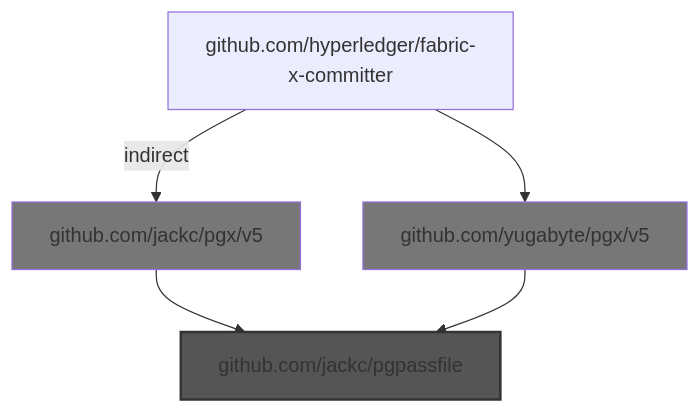
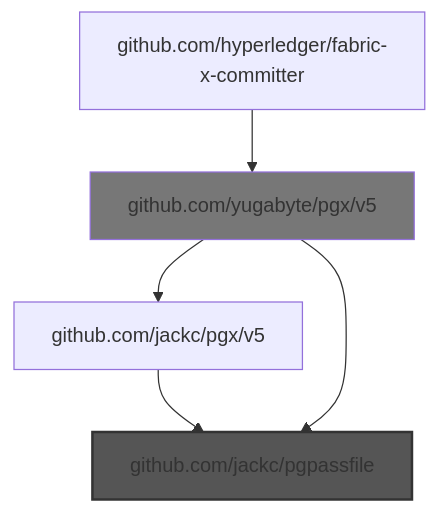
One commit to liran-funaro/fabric-x-committer changed the eighth of 18 diagrams in bad-imports-analysis.md. Above: the diagram before and after it, drawn with Mermaid. The commit also changed other lines of this file and 1 other file, not shown here.

````diff
--- a/bad-imports-analysis.md
+++ b/bad-imports-analysis.md
@@ -965,10 +692,9 @@
 ```mermaid
 graph TD
     github.com/hyperledger/fabric-x-committer --> github.com/yugabyte/pgx/v5
-    github.com/hyperledger/fabric-x-committer -->|indirect| github.com/jackc/pgx/v5
     github.com/jackc/pgx/v5 --> github.com/jackc/pgpassfile
     github.com/yugabyte/pgx/v5 --> github.com/jackc/pgpassfile
+    github.com/yugabyte/pgx/v5 --> github.com/jackc/pgx/v5
     style github.com/jackc/pgpassfile fill:#555,stroke:#333,stroke-width:2px
     style github.com/yugabyte/pgx/v5 fill:#777
-    style github.com/jackc/pgx/v5 fill:#777
 ```
````
